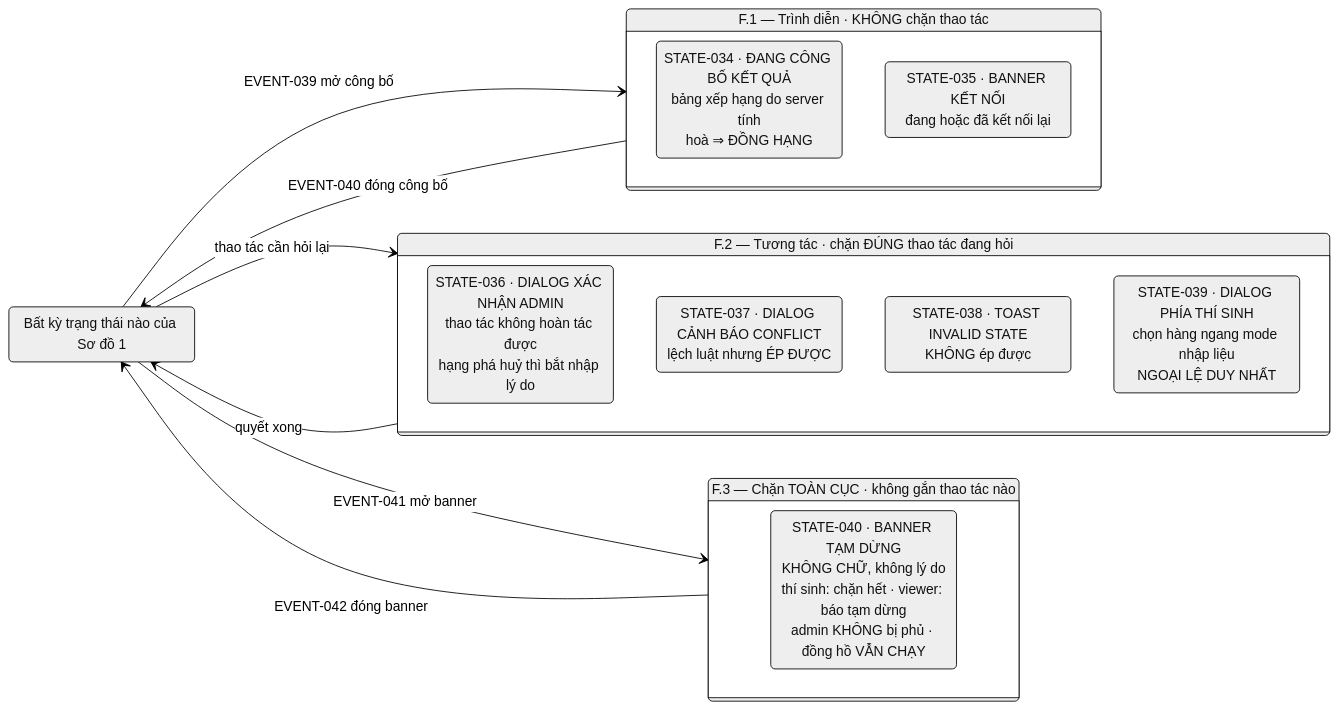
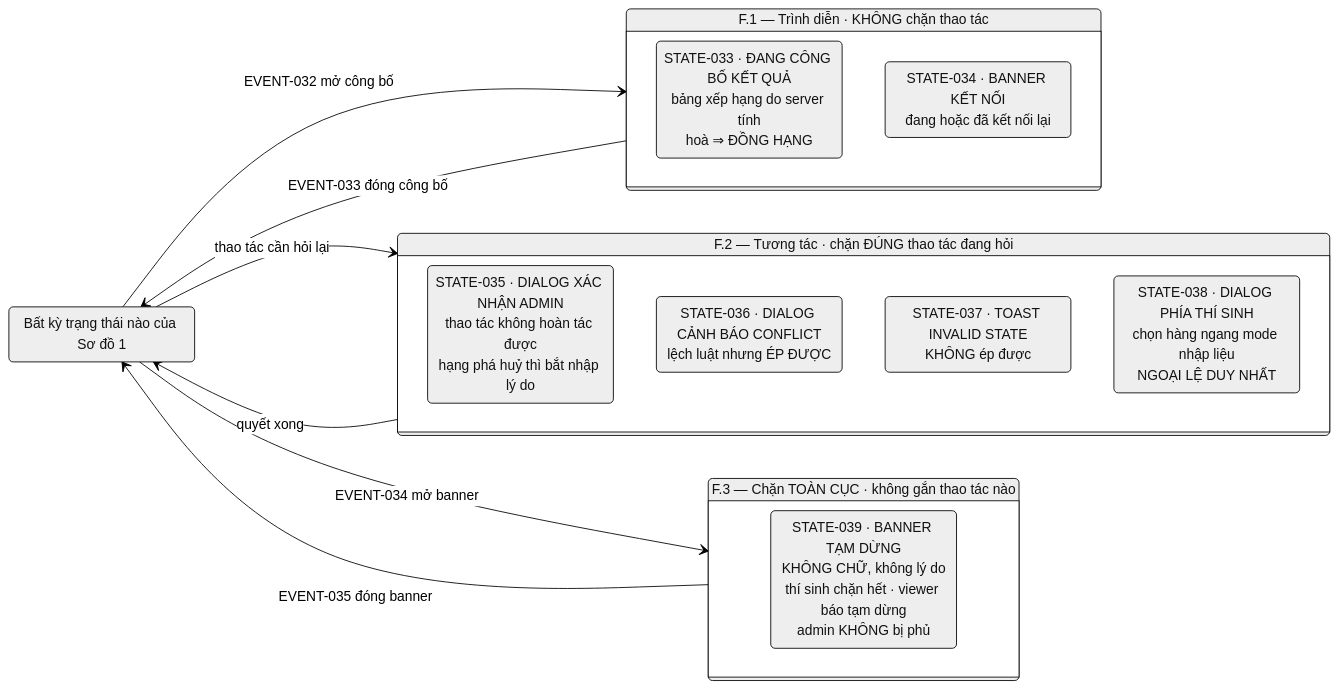
Before and after one commit to Noboroto/KnowledgeDome: the seventh of 8 diagrams in docs/game-state-machine.md, drawn with Mermaid (neutral theme). The commit also changed other lines of this file and 8 other files, not shown here.

````diff
--- a/docs/game-state-machine.md
+++ b/docs/game-state-machine.md
@@ -215,24 +219,24 @@
 ```mermaid
 stateDiagram-v2
   direction LR
   state "Bất kỳ trạng thái nào của Sơ đồ 1" as BASE
   state "F.1 — Trình diễn · KHÔNG chặn thao tác" as F1 {
-    S034: STATE-034 · ĐANG CÔNG BỐ KẾT QUẢ<br/>bảng xếp hạng do server tính<br/>hoà ⇒ ĐỒNG HẠNG
-    S035: STATE-035 · BANNER KẾT NỐI<br/>đang hoặc đã kết nối lại
+    S034: STATE-033 · ĐANG CÔNG BỐ KẾT QUẢ<br/>bảng xếp hạng do server tính<br/>hoà ⇒ ĐỒNG HẠNG
+    S035: STATE-034 · BANNER KẾT NỐI<br/>đang hoặc đã kết nối lại
   }
   state "F.2 — Tương tác · chặn ĐÚNG thao tác đang hỏi" as F2 {
-    S036: STATE-036 · DIALOG XÁC NHẬN ADMIN<br/>thao tác không hoàn tác được<br/>hạng phá huỷ thì bắt nhập lý do
-    S037: STATE-037 · DIALOG CẢNH BÁO CONFLICT<br/>lệch luật nhưng ÉP ĐƯỢC
-    S038: STATE-038 · TOAST INVALID STATE<br/>KHÔNG ép được
-    S039: STATE-039 · DIALOG PHÍA THÍ SINH<br/>chọn hàng ngang mode nhập liệu<br/>NGOẠI LỆ DUY NHẤT
+    S036: STATE-035 · DIALOG XÁC NHẬN ADMIN<br/>thao tác không hoàn tác được<br/>hạng phá huỷ thì bắt nhập lý do
+    S037: STATE-036 · DIALOG CẢNH BÁO CONFLICT<br/>lệch luật nhưng ÉP ĐƯỢC
+    S038: STATE-037 · TOAST INVALID STATE<br/>KHÔNG ép được
+    S039: STATE-038 · DIALOG PHÍA THÍ SINH<br/>chọn hàng ngang mode nhập liệu<br/>NGOẠI LỆ DUY NHẤT
   }
   state "F.3 — Chặn TOÀN CỤC · không gắn thao tác nào" as F3 {
-    S040: STATE-040 · BANNER TẠM DỪNG<br/>KHÔNG CHỮ, không lý do<br/>thí sinh: chặn hết · viewer: báo tạm dừng<br/>admin KHÔNG bị phủ · đồng hồ VẪN CHẠY
+    S040: STATE-039 · BANNER TẠM DỪNG<br/>KHÔNG CHỮ, không lý do<br/>thí sinh chặn hết · viewer báo tạm dừng<br/>admin KHÔNG bị phủ
   }
-  BASE --> F1: EVENT-039 mở công bố
-  F1 --> BASE: EVENT-040 đóng công bố
+  BASE --> F1: EVENT-032 mở công bố
+  F1 --> BASE: EVENT-033 đóng công bố
   BASE --> F2: thao tác cần hỏi lại
   F2 --> BASE: quyết xong
-  BASE --> F3: EVENT-041 mở banner
-  F3 --> BASE: EVENT-042 đóng banner
+  BASE --> F3: EVENT-034 mở banner
+  F3 --> BASE: EVENT-035 đóng banner
 ```
````
